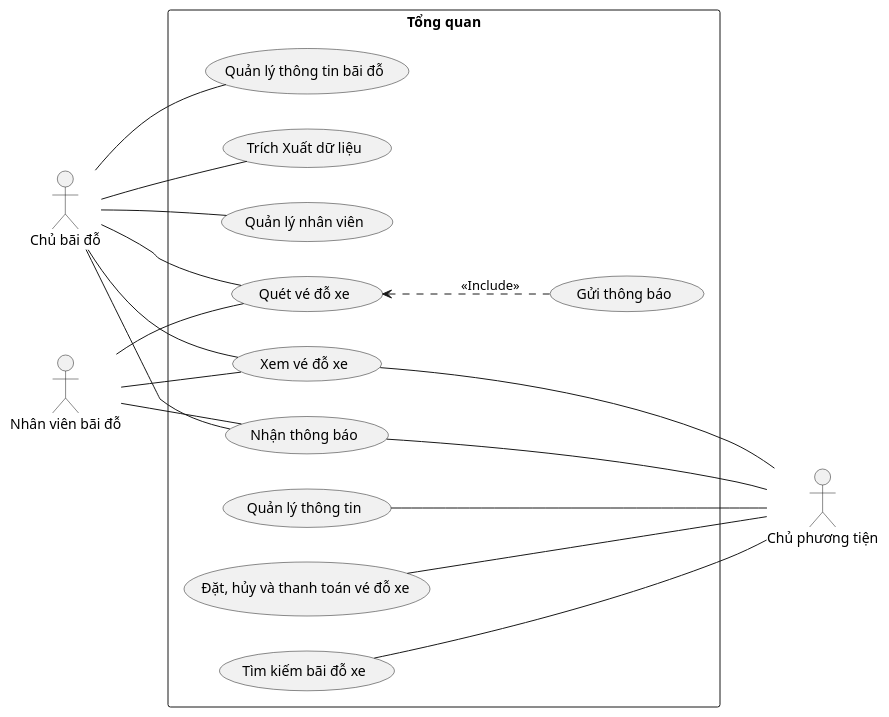
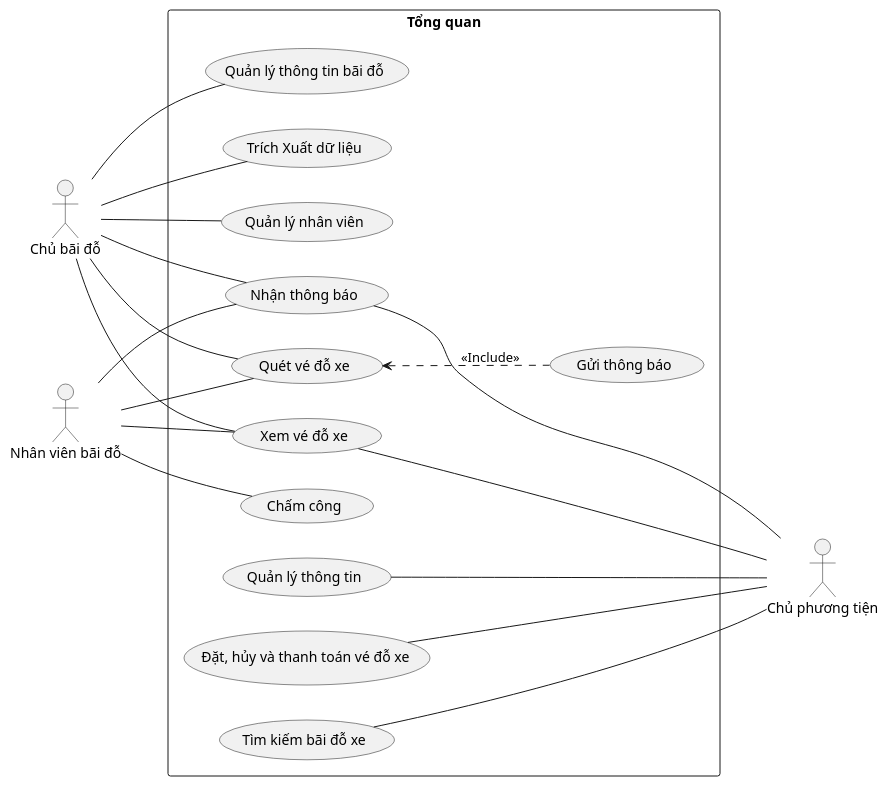
The diagram in usecase/general.wsd (hieutbui/graduation-diagram), drawn with PlantUML before and after one commit. The commit also changed 1 other file, not shown here.

```diff
--- a/usecase/general.wsd
+++ b/usecase/general.wsd
@@ -1,32 +1,33 @@
 @startuml general
 
 left to right direction
 skinparam packageStyle rect
 
 actor "Chủ bãi đỗ" as ParkingOwner
 actor "Nhân viên bãi đỗ" as ParkingStaff
 
 actor "Chủ phương tiện" as VehicleOwner
 
 rectangle "Tổng quan" as GeneralDiagram {
   'ParkingStaff'
     ParkingStaff -- (Xem vé đỗ xe)
+    ParkingStaff -- (Quét vé đỗ xe)
+    ParkingStaff -- (Chấm công)
     ParkingStaff -- (Nhận thông báo)
-    ParkingStaff -- (Quét vé đỗ xe)
   'ParkingOwner'
     ParkingOwner -- (Quản lý thông tin bãi đỗ)
     ParkingOwner -- (Xem vé đỗ xe)
     ParkingOwner -- (Trích Xuất dữ liệu)
-    ParkingOwner -- (Nhận thông báo)
     ParkingOwner -- (Quét vé đỗ xe)
     ParkingOwner -- (Quản lý nhân viên)
+    ParkingOwner -- (Nhận thông báo)
   'VehicleOwner'
-    (Nhận thông báo) -- VehicleOwner
     (Quản lý thông tin) --- VehicleOwner
     (Đặt, hủy và thanh toán vé đỗ xe) --- VehicleOwner
+    (Nhận thông báo) --- VehicleOwner
     (Tìm kiếm bãi đỗ xe) --- VehicleOwner
     (Xem vé đỗ xe) --- VehicleOwner
   'Ext use case'
     (Gửi thông báo) .up.> (Quét vé đỗ xe): <<Include>>
 }
 @enduml
```
